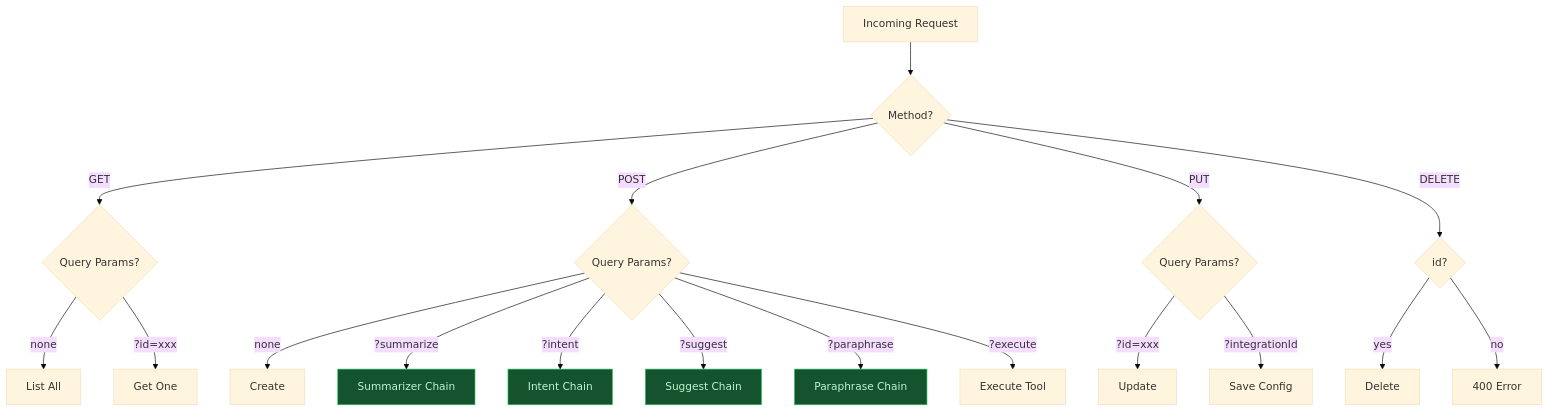
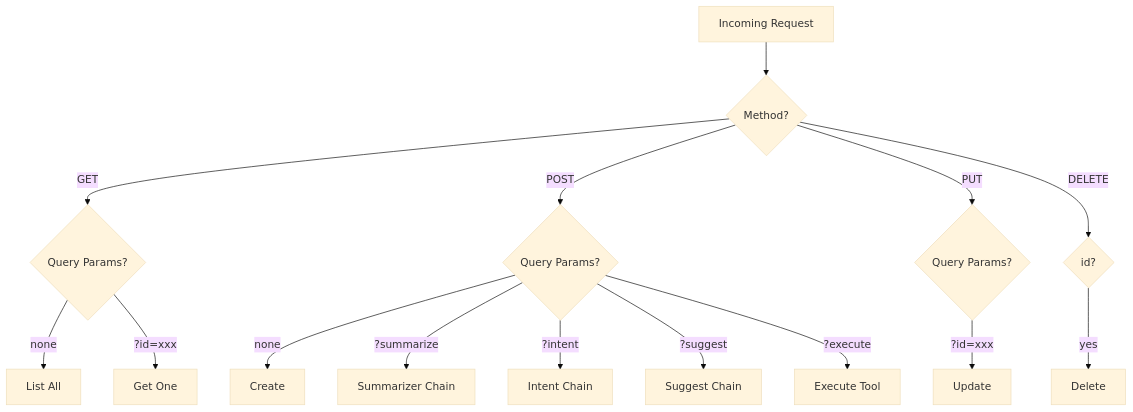
One commit to rlynjb/buffr changed the third of 10 diagrams in docs/LEARNING_AI_BACKEND.md. Above: the diagram before and after it, drawn with Mermaid (base theme). The commit also changed other lines of this file, not shown here.

````diff
--- a/docs/LEARNING_AI_BACKEND.md
+++ b/docs/LEARNING_AI_BACKEND.md
@@ -300,30 +399,21 @@
 ```mermaid
 flowchart TD
     REQ["Incoming Request"] --> MG{Method?}
 
     MG -->|GET| QG{Query Params?}
     MG -->|POST| QP{Query Params?}
     MG -->|PUT| QU{Query Params?}
     MG -->|DELETE| QD{id?}
 
     QG -->|none| LIST["List All"]
     QG -->|"?id=xxx"| GET1["Get One"]
 
     QP -->|none| CREATE["Create"]
     QP -->|"?summarize"| CHAIN_S["Summarizer Chain"]
     QP -->|"?intent"| CHAIN_I["Intent Chain"]
     QP -->|"?suggest"| CHAIN_N["Suggest Chain"]
-    QP -->|"?paraphrase"| CHAIN_P["Paraphrase Chain"]
     QP -->|"?execute"| EXEC["Execute Tool"]
 
     QU -->|"?id=xxx"| UPDATE["Update"]
-    QU -->|"?integrationId"| CONFIG["Save Config"]
-
     QD -->|yes| DELETE["Delete"]
-    QD -->|no| ERR["400 Error"]
-
-    style CHAIN_S fill:#14532d,stroke:#22c55e,color:#bbf7d0
-    style CHAIN_I fill:#14532d,stroke:#22c55e,color:#bbf7d0
-    style CHAIN_N fill:#14532d,stroke:#22c55e,color:#bbf7d0
-    style CHAIN_P fill:#14532d,stroke:#22c55e,color:#bbf7d0
 ```
````
